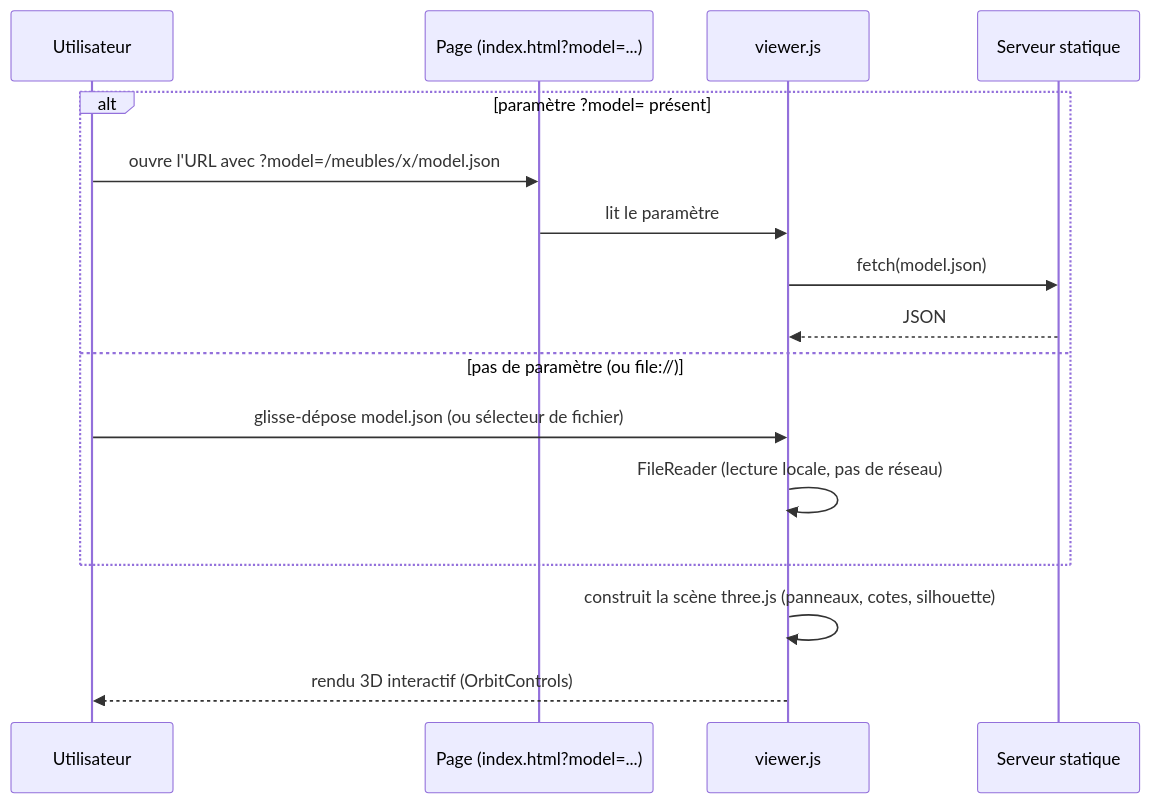
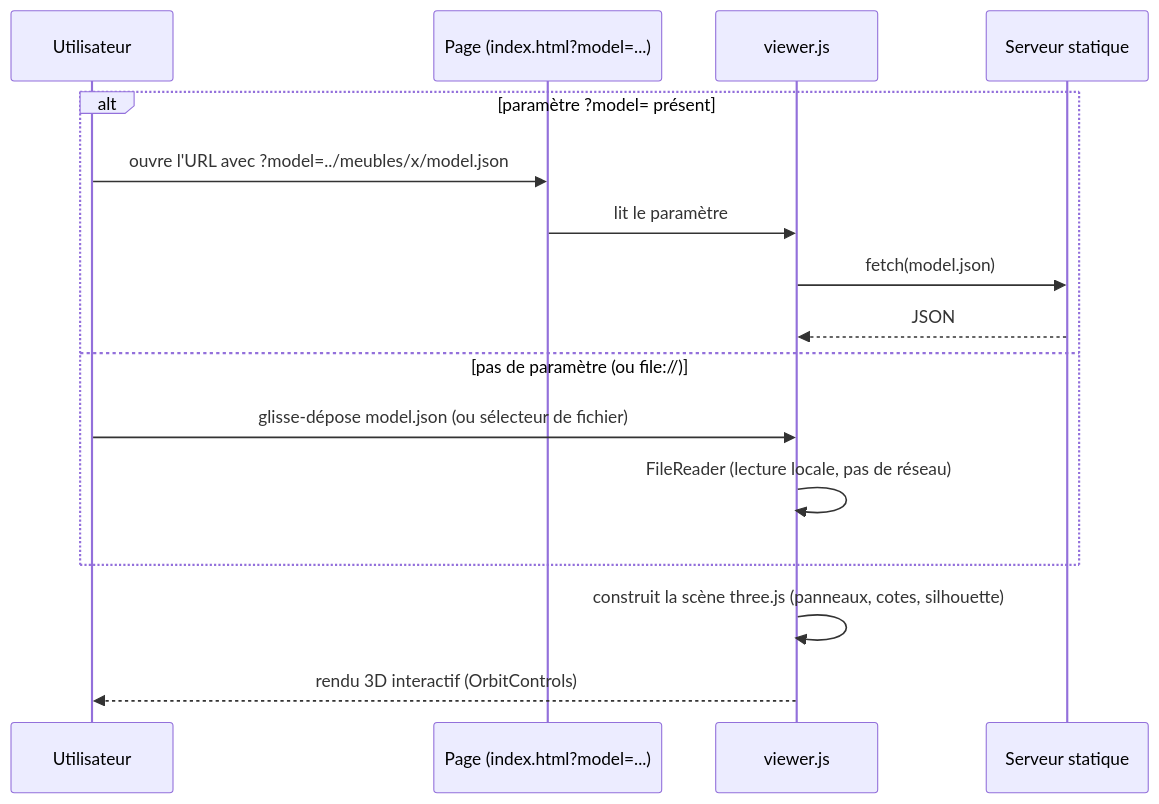
Before and after one commit to BaBoUSoulChild/House-construction: the diagram in viewer/README.md, drawn with Mermaid. The commit also changed other lines of this file and 3 other files, not shown here.

````diff
--- a/viewer/README.md
+++ b/viewer/README.md
@@ -11,19 +11,19 @@
 ```mermaid
 sequenceDiagram
     participant U as Utilisateur
     participant P as Page (index.html?model=...)
     participant V as viewer.js
     participant S as Serveur statique
 
     alt paramètre ?model= présent
-        U->>P: ouvre l'URL avec ?model=/meubles/x/model.json
+        U->>P: ouvre l'URL avec ?model=../meubles/x/model.json
         P->>V: lit le paramètre
         V->>S: fetch(model.json)
         S-->>V: JSON
     else pas de paramètre (ou file://)
         U->>V: glisse-dépose model.json (ou sélecteur de fichier)
         V->>V: FileReader (lecture locale, pas de réseau)
     end
     V->>V: construit la scène three.js (panneaux, cotes, silhouette)
     V-->>U: rendu 3D interactif (OrbitControls)
 ```
````
